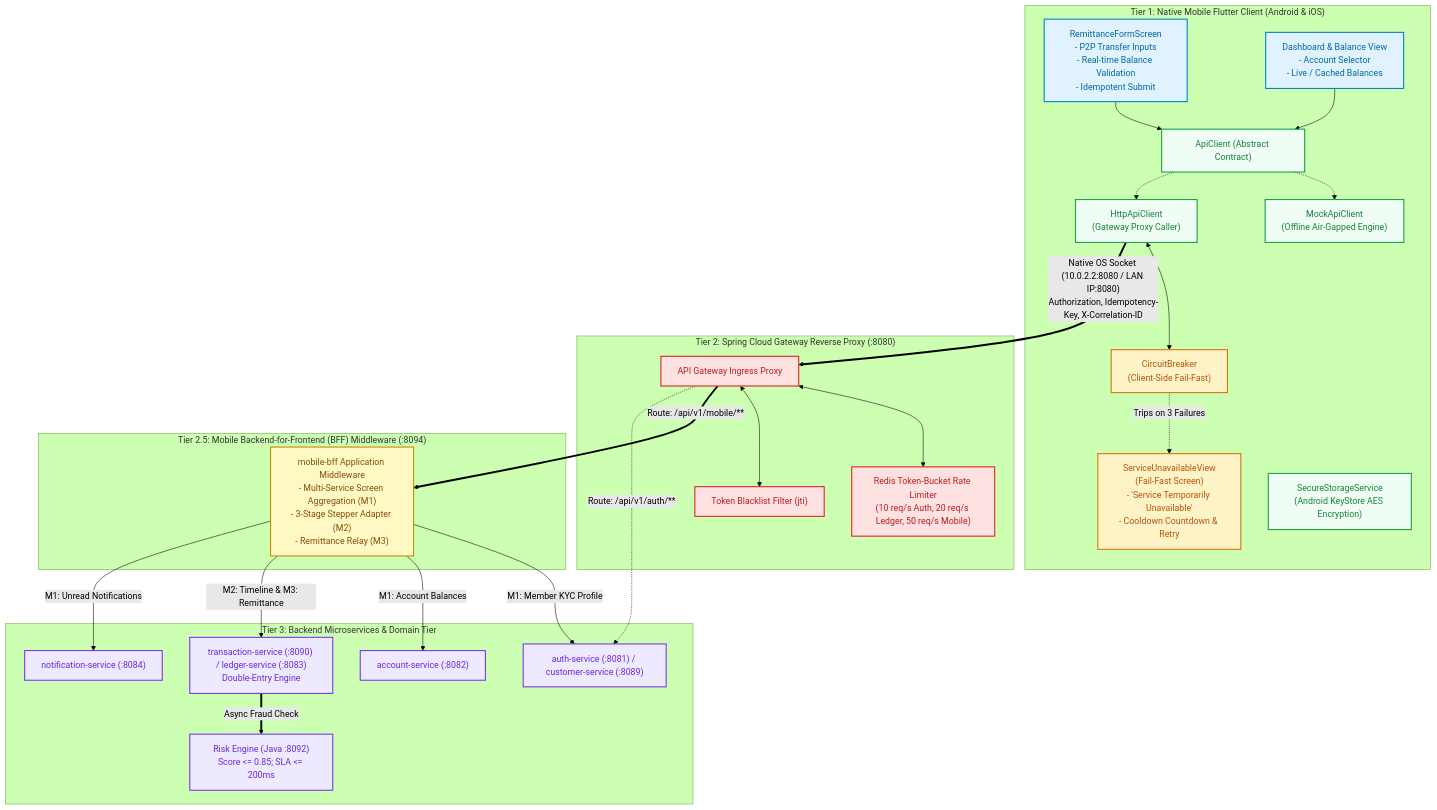
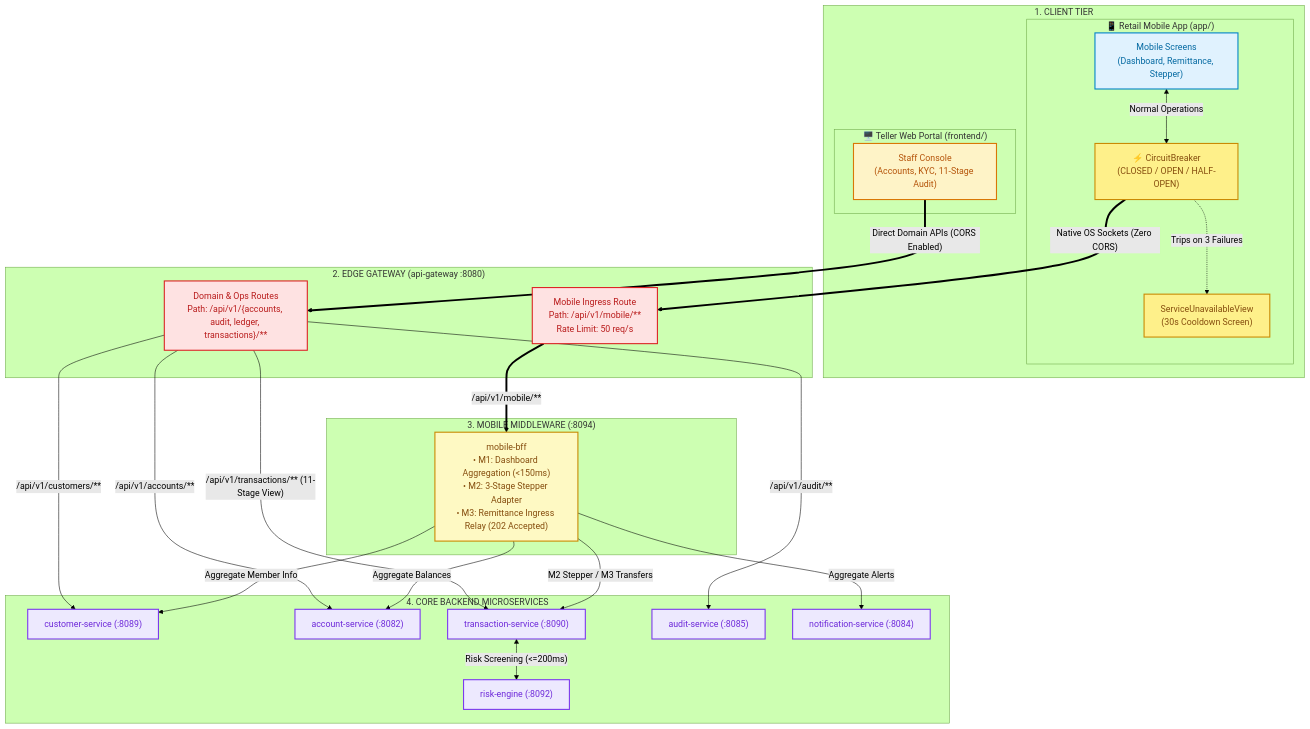
The first of 2 diagrams in docs/FLUTTER_FOUNDATION_ARCHITECTURE.md (Sole248k/CooBS), drawn with Mermaid (forest theme) before and after one commit. The commit also changed other lines of this file and 9 other files, not shown here.

Commit message:
feat: Build interactive visual steppers in /app/lib/features/tracking/ against fixture timelines: Ingress Received -> AML Screened -> Ledger Posted -> Dispatched.

````diff
--- a/docs/FLUTTER_FOUNDATION_ARCHITECTURE.md
+++ b/docs/FLUTTER_FOUNDATION_ARCHITECTURE.md
@@ -80,62 +96,66 @@
 ```mermaid
 flowchart TB
-    classDef flutterUI fill:#e0f2fe,stroke:#0284c7,stroke-width:2px,color:#0369a1;
-    classDef flutterLogic fill:#f0fdf4,stroke:#16a34a,stroke-width:2px,color:#15803d;
-    classDef flutterResilience fill:#fef3c7,stroke:#d97706,stroke-width:2px,color:#b45309;
-    classDef edgeGateway fill:#fee2e2,stroke:#dc2626,stroke-width:2px,color:#b91c1c;
-    classDef bffMiddleware fill:#fef9c3,stroke:#ca8a04,stroke-width:2px,color:#854d0e;
-    classDef microservice fill:#ede9fe,stroke:#7c3aed,stroke-width:2px,color:#6d28d9;
-    classDef datastore fill:#ffedd5,stroke:#ea580c,stroke-width:2px,color:#c2410c;
+    classDef mobilePath fill:#e0f2fe,stroke:#0284c7,stroke-width:2px,color:#0369a1;
+    classDef webPath fill:#fef3c7,stroke:#d97706,stroke-width:2px,color:#b45309;
+    classDef gateway fill:#fee2e2,stroke:#dc2626,stroke-width:2px,color:#b91c1c;
+    classDef bff fill:#fef9c3,stroke:#ca8a04,stroke-width:2px,color:#854d0e;
+    classDef backend fill:#ede9fe,stroke:#7c3aed,stroke-width:2px,color:#6d28d9;
+    classDef resilience fill:#fef08a,stroke:#ca8a04,stroke-width:2px,color:#854d0e;
 
-    subgraph TIER_FLUTTER ["Tier 1: Native Mobile Flutter Client (Android & iOS)"]
-        UI_REMITTANCE["RemittanceFormScreen<br/>- P2P Transfer Inputs<br/>- Real-time Balance Validation<br/>- Idempotent Submit"]:::flutterUI
-        UI_DASHBOARD["Dashboard & Balance View<br/>- Account Selector<br/>- Live / Cached Balances"]:::flutterUI
-        UI_CIRCUIT["ServiceUnavailableView<br/>(Fail-Fast Screen)<br/>- 'Service Temporarily Unavailable'<br/>- Cooldown Countdown & Retry"]:::flutterResilience
+    %% Client Tier
+    subgraph TIER1_CLIENTS ["1. CLIENT TIER"]
+        subgraph FLUTTER_APP ["📱 Retail Mobile App (app/)"]
+            UI_MOBILE["Mobile Screens<br/>(Dashboard, Remittance, Stepper)"]:::mobilePath
+            CB["⚡ CircuitBreaker<br/>(CLOSED / OPEN / HALF-OPEN)"]:::resilience
+            FAIL_SCREEN["ServiceUnavailableView<br/>(30s Cooldown Screen)"]:::resilience
+        end
 
-        STORAGE_SECURE["SecureStorageService<br/>(Android KeyStore AES Encryption)"]:::flutterLogic
-        API_INTERFACE["ApiClient (Abstract Contract)"]:::flutterLogic
-        CLIENT_MOCK["MockApiClient<br/>(Offline Air-Gapped Engine)"]:::flutterLogic
-        CLIENT_LIVE["HttpApiClient<br/>(Gateway Proxy Caller)"]:::flutterLogic
-        CB["CircuitBreaker<br/>(Client-Side Fail-Fast)"]:::flutterResilience
+        subgraph REACT_PORTAL ["🖥️ Teller Web Portal (frontend/)"]
+            UI_WEB["Staff Console<br/>(Accounts, KYC, 11-Stage Audit)"]:::webPath
+        end
     end
 
-    subgraph TIER_GATEWAY ["Tier 2: Spring Cloud Gateway Reverse Proxy (:8080)"]
-        GW["API Gateway Ingress Proxy"]:::edgeGateway
-        GW_RATELIMIT["Redis Token-Bucket Rate Limiter<br/>(10 req/s Auth, 20 req/s Ledger, 50 req/s Mobile)"]:::edgeGateway
-        GW_AUTH["Token Blacklist Filter (jti)"]:::edgeGateway
+    %% Edge Ingress
+    subgraph TIER2_INGRESS ["2. EDGE GATEWAY (api-gateway :8080)"]
+        GW_MOBILE["Mobile Ingress Route<br/>Path: /api/v1/mobile/**<br/>Rate Limit: 50 req/s"]:::gateway
+        GW_WEB["Domain & Ops Routes<br/>Path: /api/v1/{accounts, audit, ledger, transactions}/**"]:::gateway
     end
 
-    subgraph TIER_BFF ["Tier 2.5: Mobile Backend-for-Frontend (BFF) Middleware (:8094)"]
-        BFF["mobile-bff Application Middleware<br/>- Multi-Service Screen Aggregation (M1)<br/>- 3-Stage Stepper Adapter (M2)<br/>- Remittance Relay (M3)"]:::bffMiddleware
+    %% Mobile Middleware
+    subgraph TIER3_BFF ["3. MOBILE MIDDLEWARE (:8094)"]
+        BFF["mobile-bff<br/>• M1: Dashboard Aggregation (&lt;150ms)<br/>• M2: 3-Stage Stepper Adapter<br/>• M3: Remittance Ingress Relay (202 Accepted)"]:::bff
     end
 
-    subgraph TIER_SERVICES ["Tier 3: Backend Microservices & Domain Tier"]
-        SRV_AUTH["auth-service (:8081) / customer-service (:8089)"]:::microservice
-        SRV_ACCT["account-service (:8082)"]:::microservice
-        SRV_TX["transaction-service (:8090) / ledger-service (:8083)<br/>Double-Entry Engine"]:::microservice
-        SRV_NOTIF["notification-service (:8084)"]:::microservice
-        SRV_RISK["Risk Engine (Java :8092)<br/>Score &lt;= 0.85; SLA &lt;= 200ms"]:::microservice
+    %% Domain Services
+    subgraph TIER4_SERVICES ["4. CORE BACKEND MICROSERVICES"]
+        CUST["customer-service (:8089)"]:::backend
+        ACCT["account-service (:8082)"]:::backend
+        TX["transaction-service (:8090)"]:::backend
+        AUDIT["audit-service (:8085)"]:::backend
+        NOTIF["notification-service (:8084)"]:::backend
+        RISK["risk-engine (:8092)"]:::backend
     end
 
-    UI_REMITTANCE --> API_INTERFACE
-    UI_DASHBOARD --> API_INTERFACE
-    API_INTERFACE -.-> CLIENT_MOCK
-    API_INTERFACE -.-> CLIENT_LIVE
+    %% Internal Mobile Resilience Flow
+    UI_MOBILE <-->|"Normal Operations"| CB
+    CB -.->|"Trips on 3 Failures"| FAIL_SCREEN
 
-    CLIENT_LIVE <--> CB
-    CB -.->|"Trips on 3 Failures"| UI_CIRCUIT
-    CLIENT_LIVE ==>|"Native OS Socket (10.0.2.2:8080 / LAN IP:8080)<br/>Authorization, Idempotency-Key, X-Correlation-ID"| GW
+    %% Outgoing Mobile Network Call
+    CB ==>|"Native OS Sockets (Zero CORS)"| GW_MOBILE
+    GW_MOBILE ==>|"/api/v1/mobile/**"| BFF
 
-    GW <--> GW_RATELIMIT
-    GW <--> GW_AUTH
+    %% BFF Fanout
+    BFF -->|"Aggregate Member Info"| CUST
+    BFF -->|"Aggregate Balances"| ACCT
+    BFF -->|"M2 Stepper / M3 Transfers"| TX
+    BFF -->|"Aggregate Alerts"| NOTIF
 
-    GW ==>|"Route: /api/v1/mobile/**"| BFF
-    GW -.->|"Route: /api/v1/auth/**"| SRV_AUTH
+    %% Web Teller Flow (Direct)
+    UI_WEB ==>|"Direct Domain APIs (CORS Enabled)"| GW_WEB
+    GW_WEB -->|"/api/v1/accounts/**"| ACCT
+    GW_WEB -->|"/api/v1/audit/**"| AUDIT
+    GW_WEB -->|"/api/v1/transactions/** (11-Stage View)"| TX
+    GW_WEB -->|"/api/v1/customers/**"| CUST
 
-    BFF -->|"M1: Member KYC Profile"| SRV_AUTH
-    BFF -->|"M1: Account Balances"| SRV_ACCT
-    BFF -->|"M2: Timeline & M3: Remittance"| SRV_TX
-    BFF -->|"M1: Unread Notifications"| SRV_NOTIF
-
-    SRV_TX ==>|"Async Fraud Check"| SRV_RISK
+    TX <-->|"Risk Screening (&lt;=200ms)"| RISK
 ```
````
